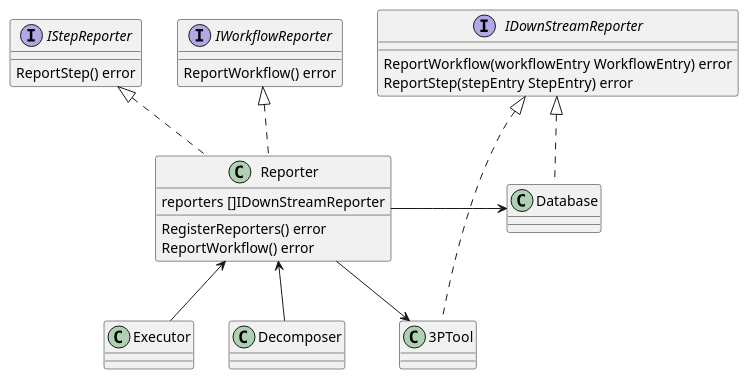
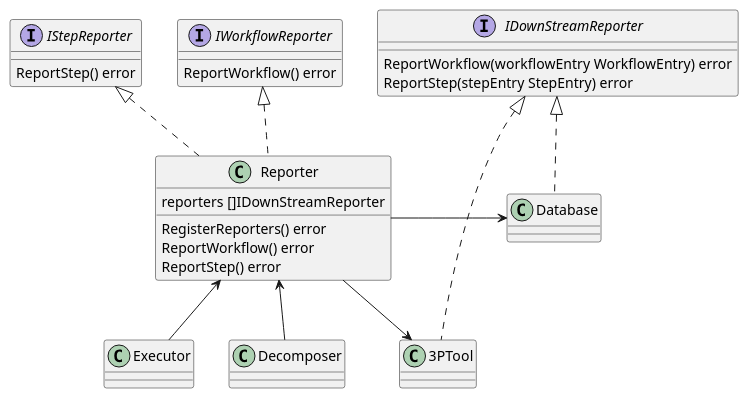
The diagram in docs/content/en/docs/core-components/reporting.md (COSSAS/SOARCA), drawn with PlantUML before and after one commit.

Commit message:
correct add function in documentation schema

````diff
--- a/docs/content/en/docs/core-components/reporting.md
+++ b/docs/content/en/docs/core-components/reporting.md
@@ -29,46 +29,47 @@
 ```plantuml
 @startuml
 set separator ::
 
 interface IStepReporter{
    ReportStep() error
 }
 
 interface IWorkflowReporter{
     ReportWorkflow() error
 }
 
 
 interface IDownStreamReporter {
     ReportWorkflow(workflowEntry WorkflowEntry) error
 	ReportStep(stepEntry StepEntry) error
 }
 
 class Reporter {
     reporters []IDownStreamReporter
 
     RegisterReporters() error
     ReportWorkflow() error
+    ReportStep() error
 }
 
 class Database
 class 3PTool
 
 class Decomposer
 class Executor
 
 Decomposer -up-> Reporter
 Executor -up-> Reporter
 
 Reporter .up.|> IWorkflowReporter
 Reporter .up.|> IStepReporter
 
 
 Database .up.|> IDownStreamReporter
 3PTool .up.|> IDownStreamReporter
 
 
 Reporter -> Database
 Reporter -down-> 3PTool
 
 ```
````
